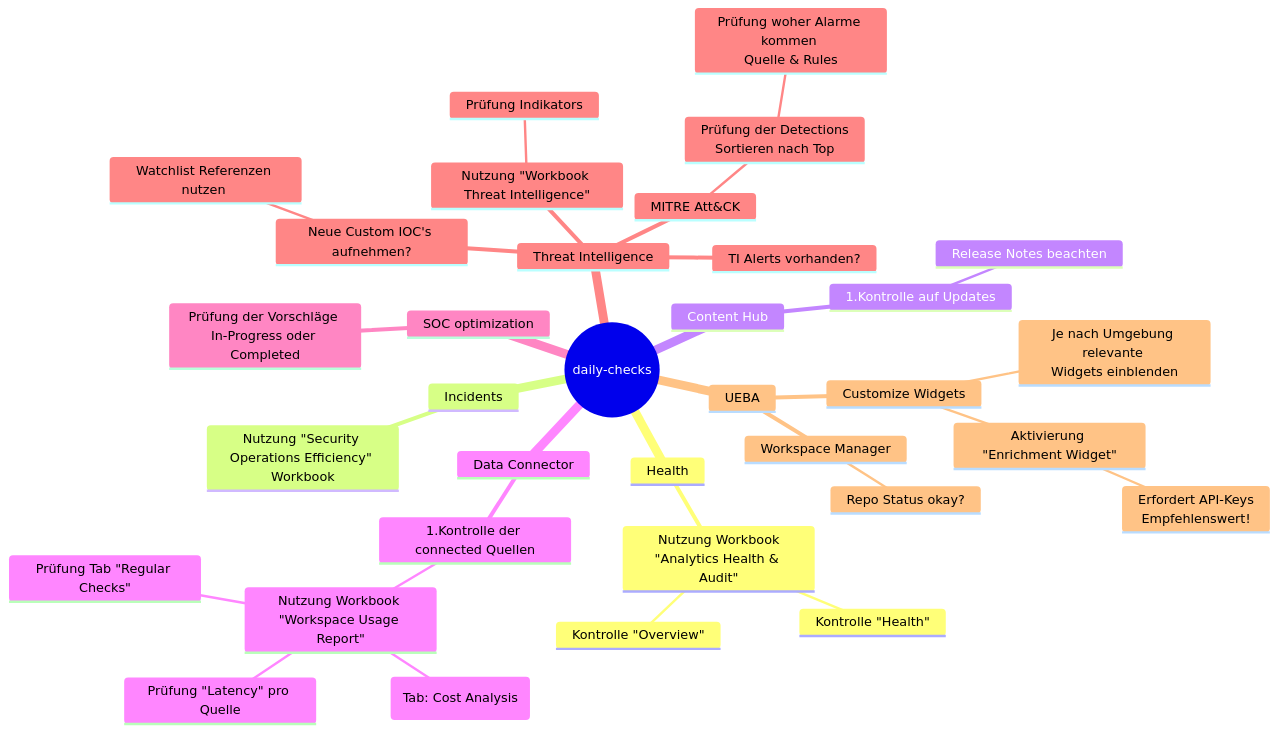
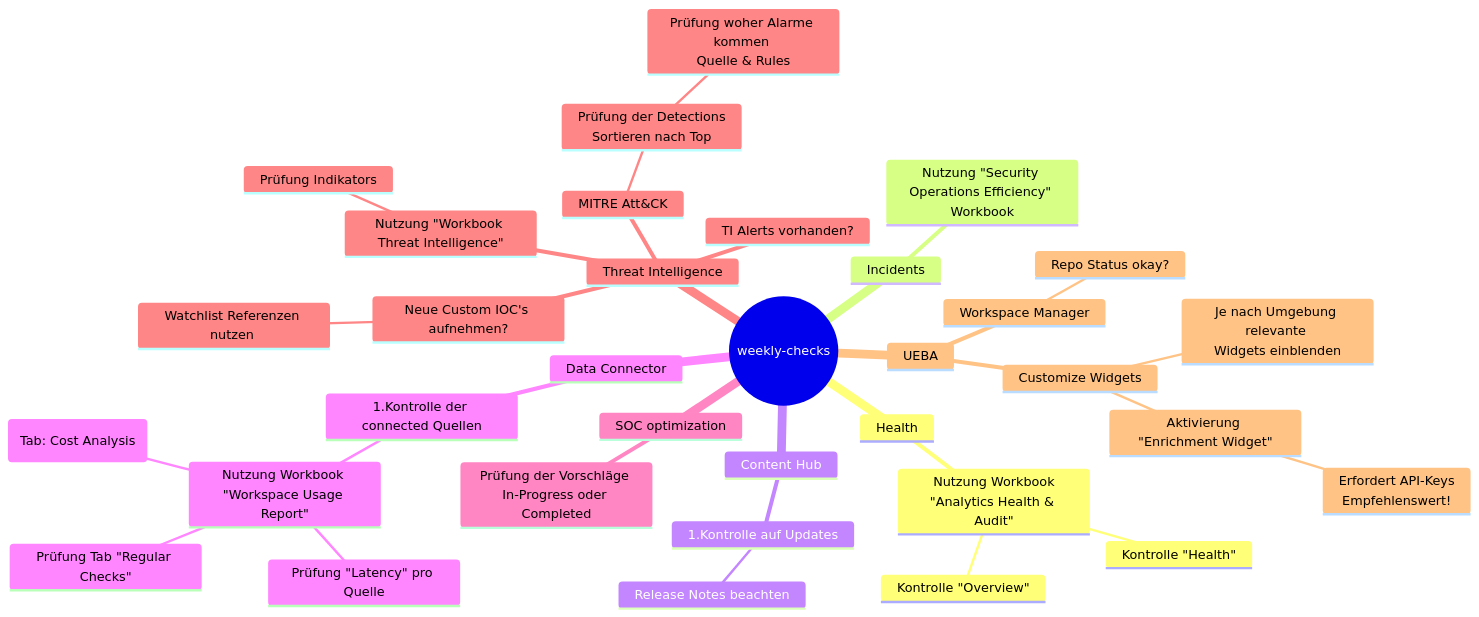
One commit to socGPT/msft-sentinel-pilot changed the diagram in soc-l1-weekly.md. Above: the diagram before and after it, drawn with Mermaid.

````diff
--- a/soc-l1-weekly.md
+++ b/soc-l1-weekly.md
@@ -10,37 +10,37 @@
 ```mermaid
 mindmap
-  root((daily-checks))
+  root((weekly-checks))
     Health
       Nutzung Workbook<br />"Analytics Health & Audit"
         Kontrolle "Overview"
         Kontrolle "Health"
     Incidents
       Nutzung "Security Operations Efficiency" <br />Workbook
     Content Hub
       1.Kontrolle auf Updates
         Release Notes beachten
     Data Connector
       1.Kontrolle der connected Quellen
           Nutzung Workbook "Workspace Usage Report"
             Prüfung Nutzen & Kosten (Tab: Cost Analysis)
             Prüfung "Latency" pro Quelle
             Prüfung Tab "Regular Checks"
     SOC optimization
       Prüfung der Vorschläge <br/>In-Progress oder Completed
     Threat Intelligence
       TI Alerts vorhanden?
       Neue Custom IOC's aufnehmen?
         Watchlist Referenzen nutzen 
       Nutzung "Workbook Threat Intelligence"
         Prüfung Indikators
       MITRE Att&CK
         Prüfung der Detections <br />Sortieren nach Top
           Prüfung woher Alarme kommen <br />Quelle & Rules
     UEBA
       Customize Widgets
         Je nach Umgebung relevante <br />Widgets einblenden
         Aktivierung "Enrichment Widget"
           Erfordert API-Keys <br />Empfehlenswert!
       Workspace Manager
         Repo Status okay?
 ```
````
